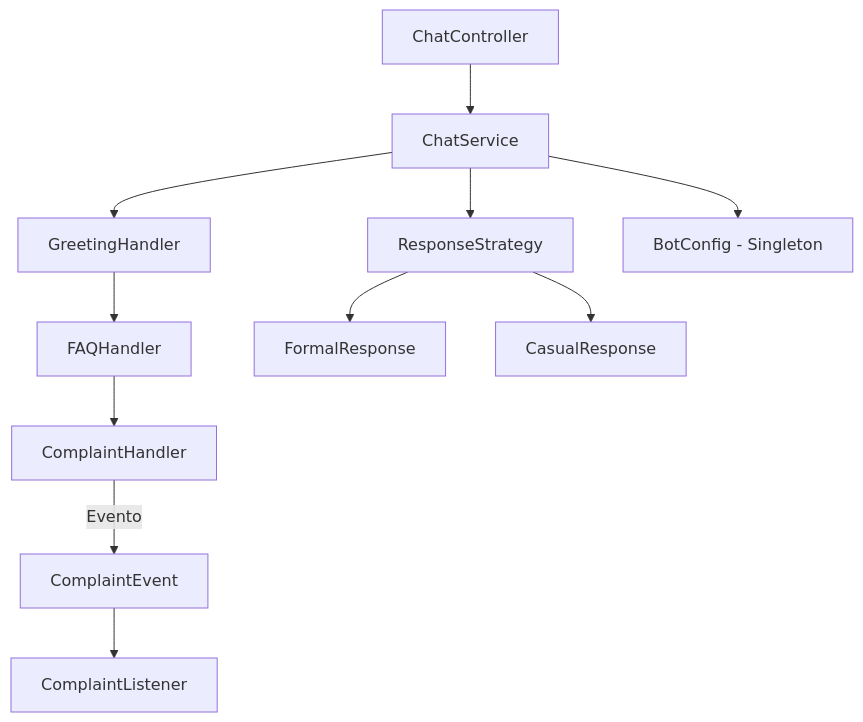
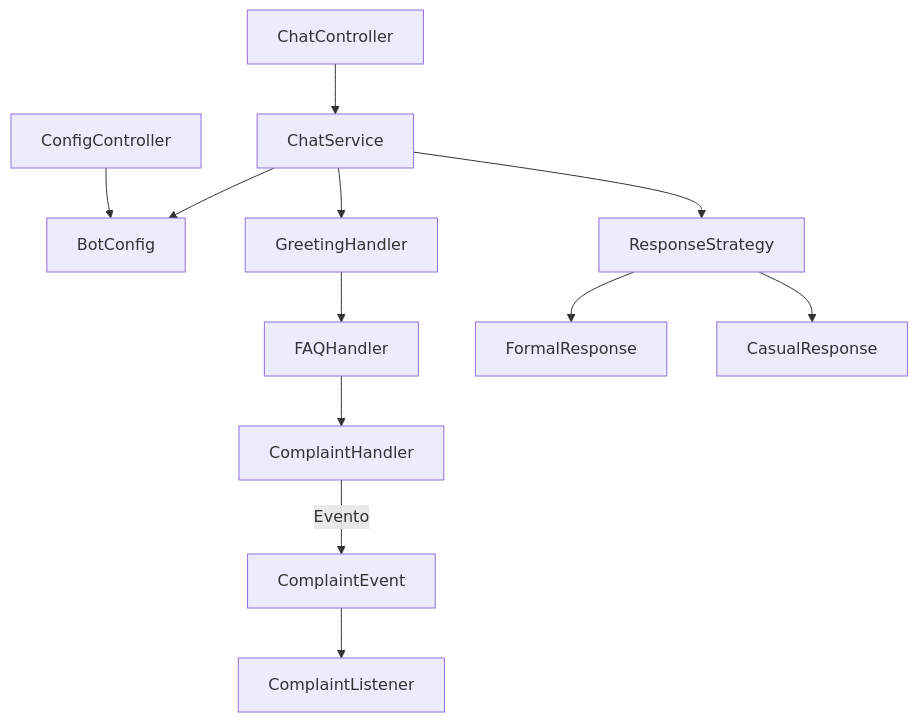
Before and after one commit to Rshinna/mybot_api: the diagram in README.md, drawn with Mermaid. The commit also changed other lines of this file, not shown here.

````diff
--- a/README.md
+++ b/README.md
@@ -32,13 +40,18 @@
 ```mermaid
 flowchart TD
     A[ChatController] --> B[ChatService]
-    B --> C[GreetingHandler]
-    C --> D[FAQHandler]
-    D --> E[ComplaintHandler]
-    E -->|Evento| F[ComplaintEvent]
-    F --> G[ComplaintListener]
-    B --> H[ResponseStrategy]
-    H --> I[FormalResponse]
-    H --> J[CasualResponse]
-    B --> K[BotConfig - Singleton]
+    C[ConfigController] --> D[BotConfig]
+
+    B --> E[GreetingHandler]
+    E --> F[FAQHandler]
+    F --> G[ComplaintHandler]
+
+    G -->|Evento| H[ComplaintEvent]
+    H --> I[ComplaintListener]
+
+    B --> J[ResponseStrategy]
+    J --> K[FormalResponse]
+    J --> L[CasualResponse]
+
+    B --> D
 ```
````
